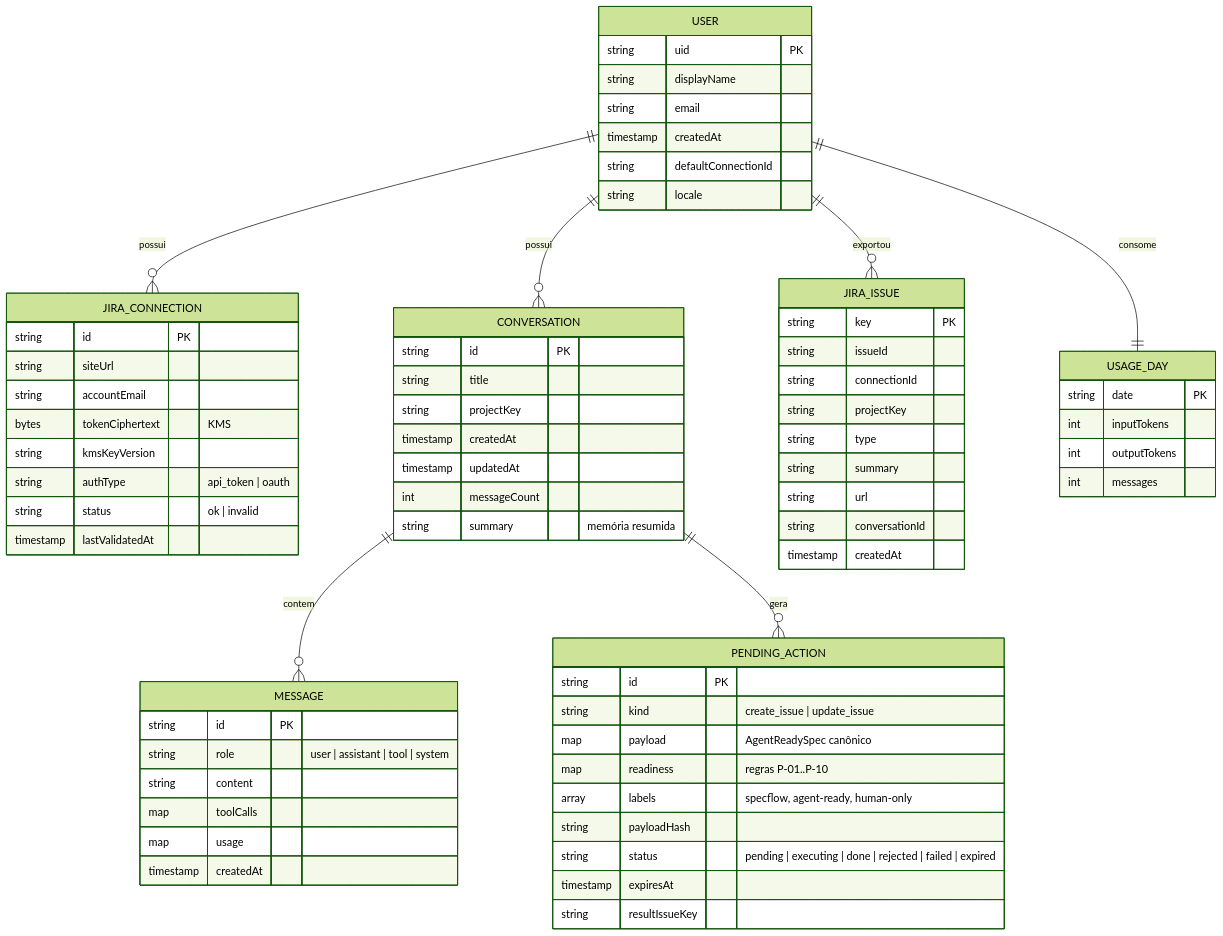
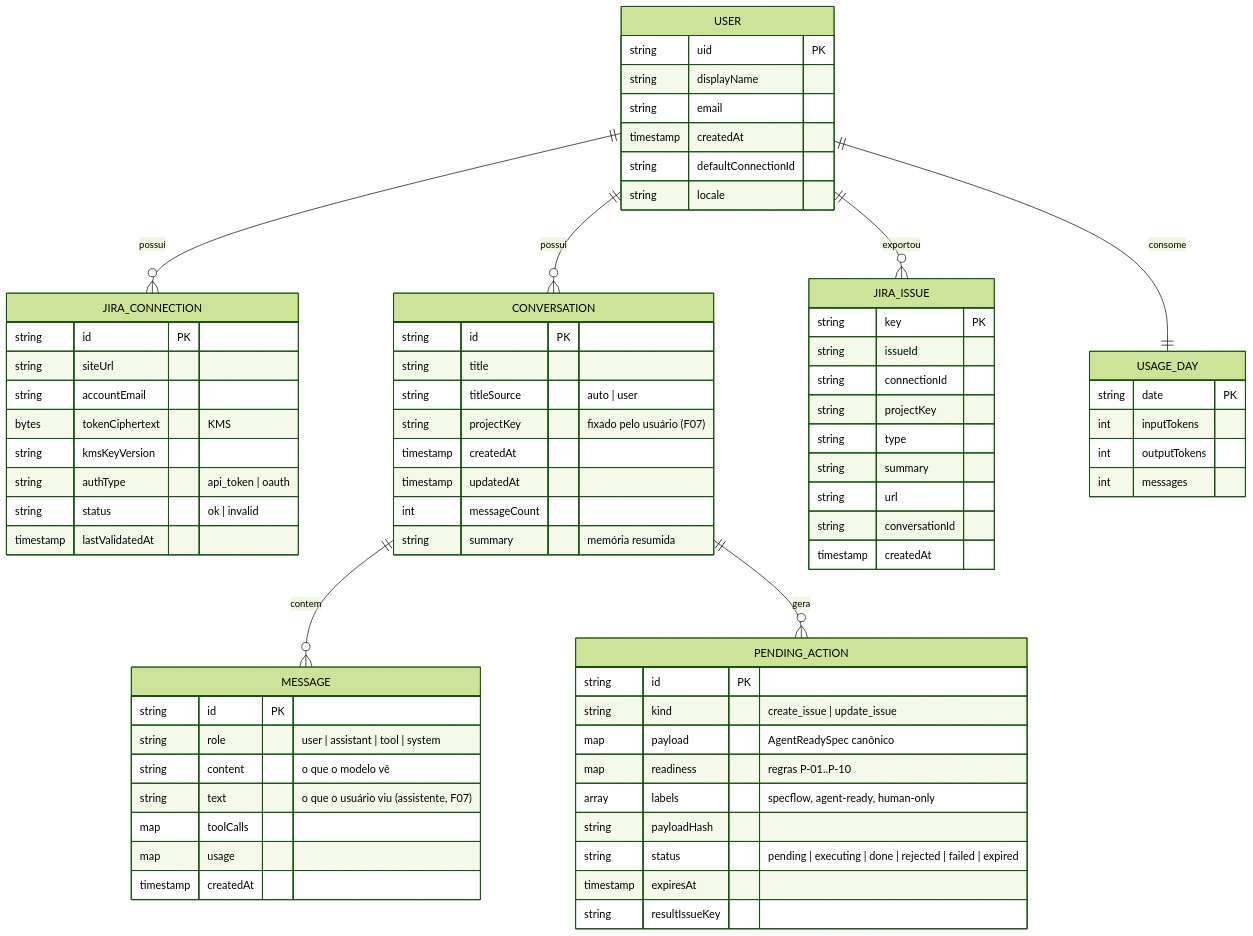
Before and after one commit to micaelleos/FunctionalAgent: the fifth of 5 diagrams in docs/modernizacao/03-arquitetura.md, drawn with Mermaid (forest theme). The commit also changed other lines of this file and 30 other files, not shown here.

````diff
--- a/docs/modernizacao/03-arquitetura.md
+++ b/docs/modernizacao/03-arquitetura.md
@@ -200,73 +200,75 @@
 ```mermaid
 erDiagram
     USER ||--o{ JIRA_CONNECTION : possui
     USER ||--o{ CONVERSATION : possui
     CONVERSATION ||--o{ MESSAGE : contem
     CONVERSATION ||--o{ PENDING_ACTION : gera
     USER ||--o{ JIRA_ISSUE : exportou
     USER ||--|| USAGE_DAY : consome
 
     USER {
         string uid PK
         string displayName
         string email
         timestamp createdAt
         string defaultConnectionId
         string locale
     }
     JIRA_CONNECTION {
         string id PK
         string siteUrl
         string accountEmail
         bytes tokenCiphertext "KMS"
         string kmsKeyVersion
         string authType "api_token | oauth"
         string status "ok | invalid"
         timestamp lastValidatedAt
     }
     CONVERSATION {
         string id PK
         string title
-        string projectKey
+        string titleSource "auto | user"
+        string projectKey "fixado pelo usuário (F07)"
         timestamp createdAt
         timestamp updatedAt
         int messageCount
         string summary "memória resumida"
     }
     MESSAGE {
         string id PK
         string role "user | assistant | tool | system"
-        string content
+        string content "o que o modelo vê"
+        string text "o que o usuário viu (assistente, F07)"
         map toolCalls
         map usage
         timestamp createdAt
     }
     PENDING_ACTION {
         string id PK
         string kind "create_issue | update_issue"
         map payload "AgentReadySpec canônico"
         map readiness "regras P-01..P-10"
         array labels "specflow, agent-ready, human-only"
         string payloadHash
         string status "pending | executing | done | rejected | failed | expired"
         timestamp expiresAt
         string resultIssueKey
     }
     JIRA_ISSUE {
         string key PK
         string issueId
         string connectionId
         string projectKey
         string type
         string summary
         string url
         string conversationId
         timestamp createdAt
     }
     USAGE_DAY {
         string date PK
         int inputTokens
         int outputTokens
         int messages
     }
 ```
````
